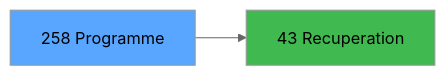
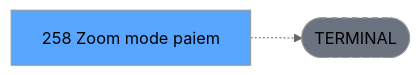
The third of 3 diagrams in .openspec/renders/ADH-IDE-258.md (thonyAGP/lecteur-magic), drawn with Mermaid (neutral theme) before and after one commit. The commit also changed other lines of this file and 701 other files, not shown here.

````diff
--- a/.openspec/renders/ADH-IDE-258.md
+++ b/.openspec/renders/ADH-IDE-258.md
@@ -138,8 +134,8 @@
 ```mermaid
 graph LR
-    T[258 Programme]
-    C43[43 Recuperation]
-    T --> C43
+    T[258 Zoom mode paiem]
+    TERM([TERMINAL])
+    T -.-> TERM
+    style TERM fill:#6b7280,stroke-dasharray: 5 5
     style T fill:#58a6ff,color:#000
-    style C43 fill:#3fb950
 ```
````
